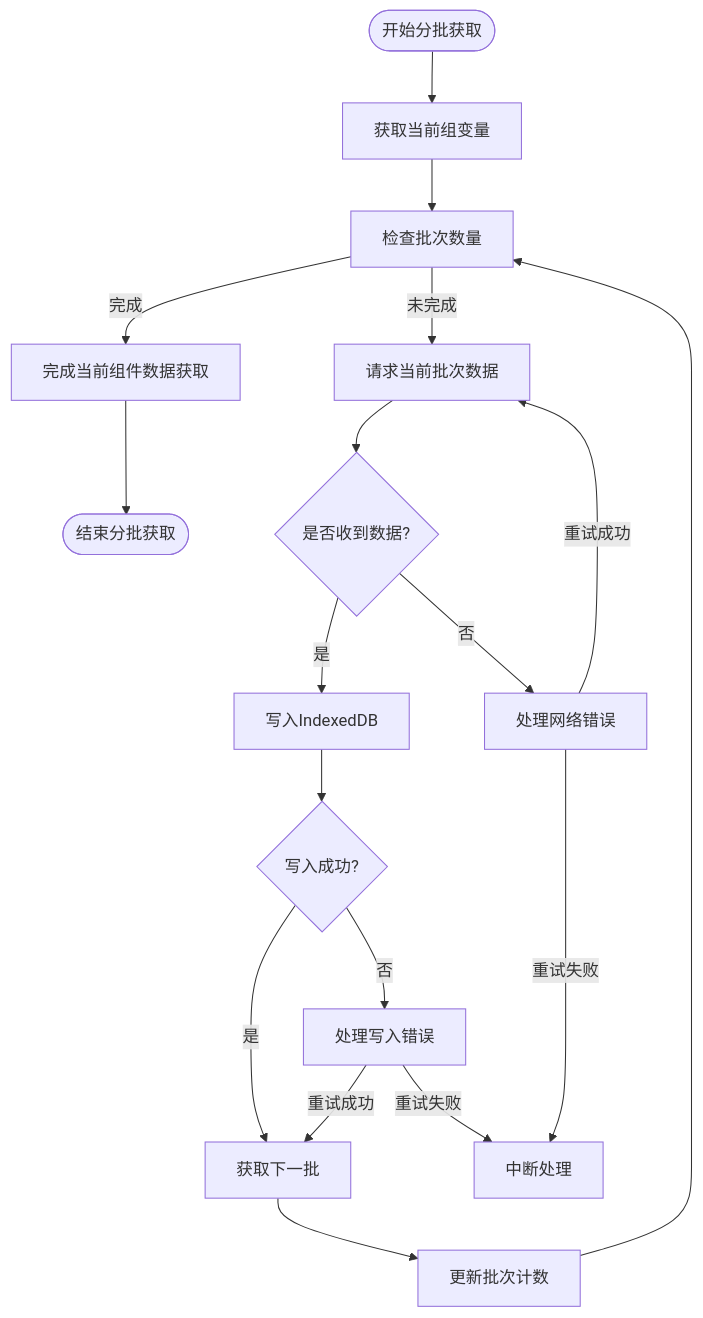
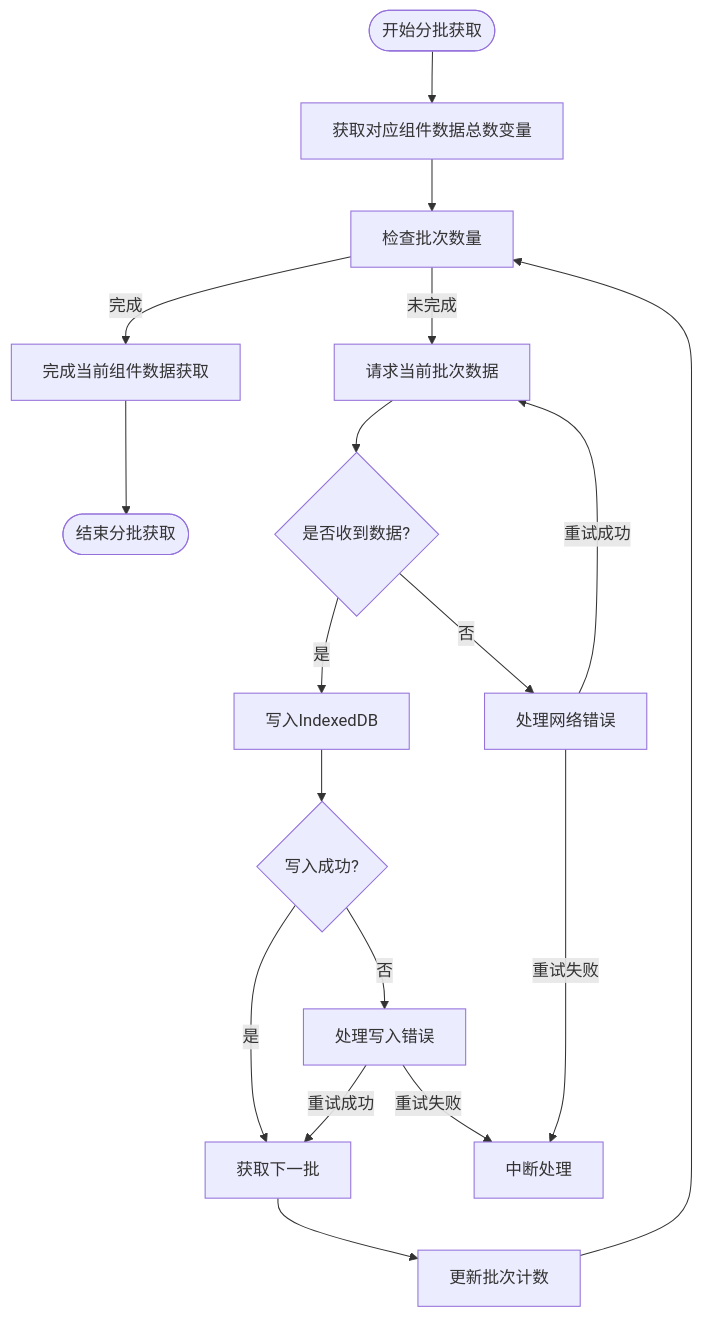
One commit to yingjianzh/iodraw-files changed the diagram in all/未命名-51.md. Above: the diagram before and after it, drawn with Mermaid.

Commit message:
2025-05-08 11:10:50 update

````diff
--- a/all/未命名-51.md
+++ b/all/未命名-51.md
@@ -1,27 +1,27 @@
 ```mermaid
 flowchart TD
-    StartBatch([开始分批获取]) --> InitializeBatch[获取当前组变量]
+    StartBatch([开始分批获取]) --> InitializeBatch[获取对应组件数据总数变量]
     InitializeBatch --> CheckBatchSize[检查批次数量]
     
     CheckBatchSize -->|完成| BatchComplete[完成当前组件数据获取]
     
     CheckBatchSize -->|未完成| RequestBatch[请求当前批次数据]
     RequestBatch --> ReceiveBatch{是否收到数据?}
     
     ReceiveBatch -->|是| WriteToDB[写入IndexedDB]
     
     WriteToDB --> BatchSuccess{写入成功?}
     BatchSuccess -->|是| NextBatch[获取下一批]
     BatchSuccess -->|否| HandleError[处理写入错误]
     HandleError -->|重试成功| NextBatch
     HandleError -->|重试失败| AbortProcess[中断处理]
     
     ReceiveBatch -->|否| HandleNetworkError[处理网络错误]
     HandleNetworkError -->|重试成功| RequestBatch
     HandleNetworkError -->|重试失败| AbortProcess
     
     NextBatch --> IncrementBatch[更新批次计数]
     IncrementBatch --> CheckBatchSize
     
     BatchComplete --> EndBatch([结束分批获取])
 ```
````
